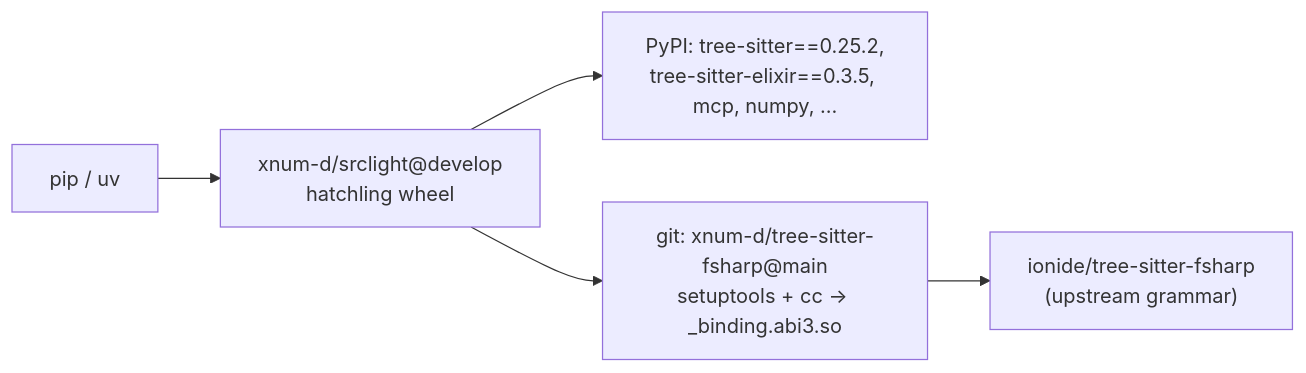
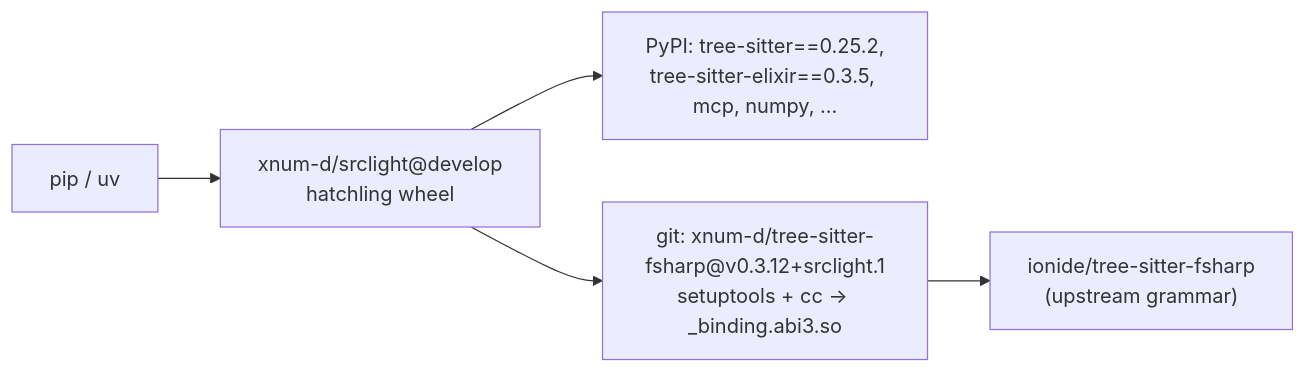
One commit to xnum-d/srclight changed the diagram in docs/fork.md. Above: the diagram before and after it, drawn with Mermaid. The commit also changed other lines of this file, not shown here.

````diff
--- a/docs/fork.md
+++ b/docs/fork.md
@@ -158,7 +158,7 @@
 ```mermaid
 graph LR
   A["pip / uv"] --> B["xnum-d/srclight@develop<br/>hatchling wheel"]
   B --> C["PyPI: tree-sitter==0.25.2,<br/>tree-sitter-elixir==0.3.5, mcp, numpy, …"]
-  B --> D["git: xnum-d/tree-sitter-fsharp@main<br/>setuptools + cc → _binding.abi3.so"]
+  B --> D["git: xnum-d/tree-sitter-fsharp@v0.3.12+srclight.1<br/>setuptools + cc → _binding.abi3.so"]
   D --> E["ionide/tree-sitter-fsharp<br/>(upstream grammar)"]
 ```
````
